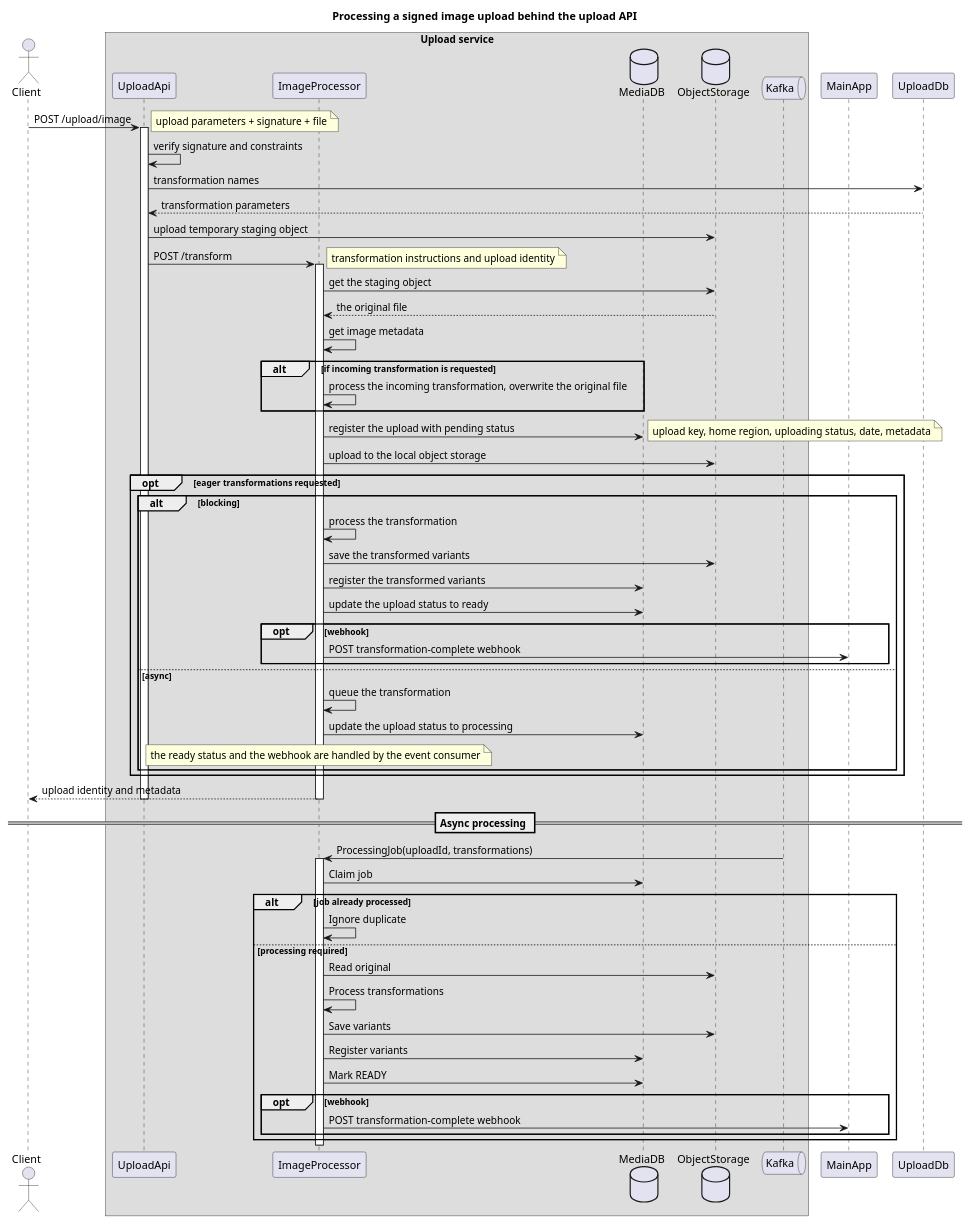
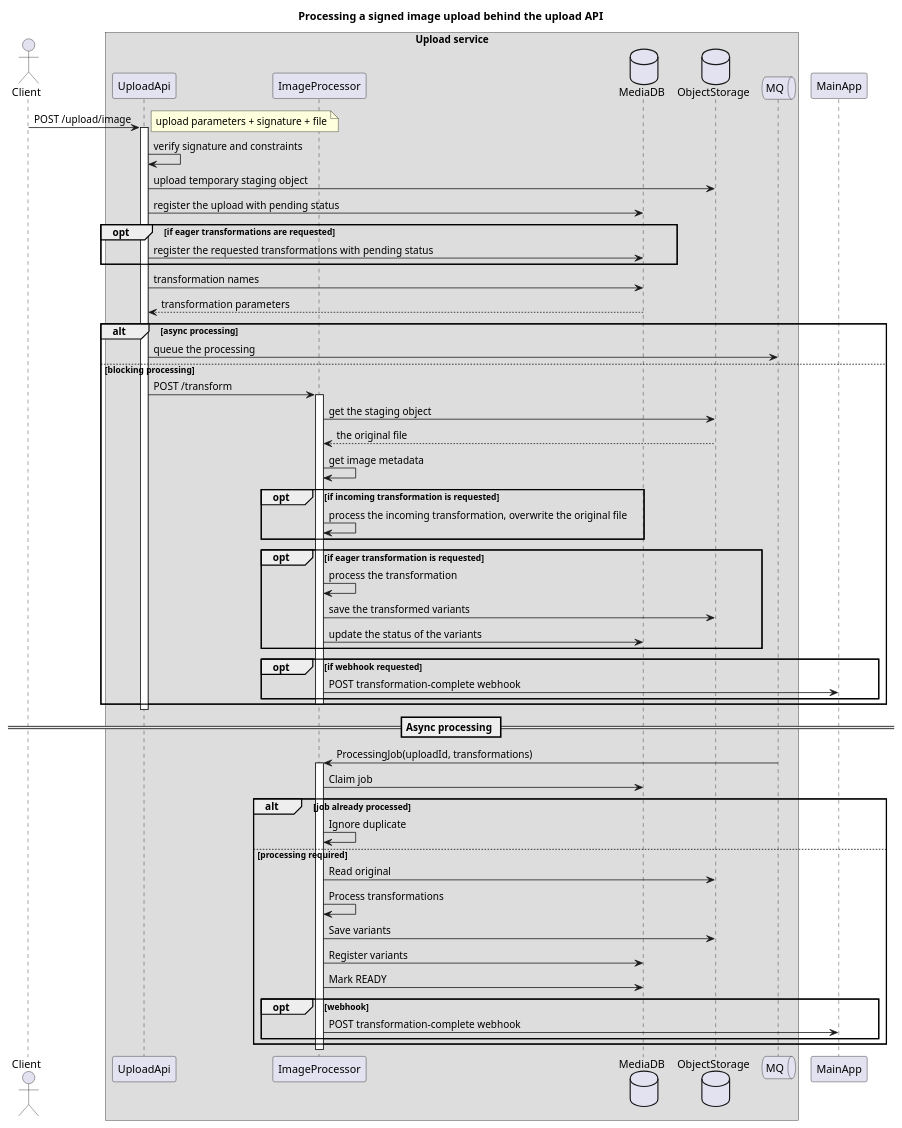
Before and after one commit to peter-peter-22/java-social-app: the diagram in java/planning/media/process_upload_v2.puml, drawn with PlantUML. The commit also changed 26 other files, not shown here.

```diff
--- a/java/planning/media/process_upload_v2.puml
+++ b/java/planning/media/process_upload_v2.puml
@@ -1,92 +1,88 @@
 @startuml
 
 title Processing a signed image upload behind the upload API
 
 skinparam BoxPadding 5
 skinparam ParticipantPadding 5
 
 actor Client
 
 box Upload service
     participant UploadApi
     participant ImageProcessor
     database MediaDB
     database ObjectStorage
-    queue Kafka
+    queue MQ
 endbox
 
 participant MainApp
 
 
 
 Client->UploadApi: POST /upload/image
 note right: upload parameters + signature + file
 
 activate UploadApi
 
     UploadApi->UploadApi: verify signature and constraints
-    UploadApi->UploadDb:  transformation names
-    UploadDb-->UploadApi: transformation parameters
     UploadApi->ObjectStorage: upload temporary staging object
-    UploadApi->ImageProcessor: POST /transform
-    note right: transformation instructions and upload identity
+    UploadApi->MediaDB: register the upload with pending status
+    opt if eager transformations are requested
+        UploadApi->MediaDB: register the requested transformations with pending status
+    end
+    UploadApi->MediaDB: transformation names
+    MediaDB-->UploadApi: transformation parameters
 
-    activate ImageProcessor
-        ImageProcessor->ObjectStorage: get the staging object
-        ObjectStorage-->ImageProcessor: the original file
-        ImageProcessor->ImageProcessor: get image metadata
 
-        alt if incoming transformation is requested
-            ImageProcessor->ImageProcessor: process the incoming transformation, overwrite the original file
-        end
+    alt async processing
+        UploadApi->MQ: queue the processing
+    else blocking processing
+        UploadApi->ImageProcessor: POST /transform
+        activate ImageProcessor
+            ImageProcessor->ObjectStorage: get the staging object
+            ObjectStorage-->ImageProcessor: the original file
+            ImageProcessor->ImageProcessor: get image metadata
 
-        ImageProcessor->MediaDB: register the upload with pending status
-        note right: upload key, home region, uploading status, date, metadata
-        ImageProcessor->ObjectStorage: upload to the local object storage
+            opt if incoming transformation is requested
+                ImageProcessor->ImageProcessor: process the incoming transformation, overwrite the original file
+            end
 
-        opt eager transformations requested
-            alt blocking
+            opt if eager transformation is requested
                 ImageProcessor->ImageProcessor: process the transformation
                 ImageProcessor->ObjectStorage: save the transformed variants
-                ImageProcessor->MediaDB: register the transformed variants
-                ImageProcessor->MediaDB: update the upload status to ready
-                opt webhook
-                    ImageProcessor -> MainApp: POST transformation-complete webhook
-                end
-            else async
-                ImageProcessor->ImageProcessor: queue the transformation
-                ImageProcessor->MediaDB: update the upload status to processing
-                note over ImageProcessor: the ready status and the webhook are handled by the event consumer
+                ImageProcessor->MediaDB: update the status of the variants
             end
-        end
 
-        ImageProcessor-->Client: upload identity and metadata
-    deactivate ImageProcessor
+            opt if webhook requested
+                ImageProcessor -> MainApp: POST transformation-complete webhook
+            end
+        deactivate ImageProcessor
+    end
 deactivate UploadApi
 
 
 == Async processing ==
 
-Kafka -> ImageProcessor: ProcessingJob(uploadId, transformations)
+MQ -> ImageProcessor: ProcessingJob(uploadId, transformations)
 
 activate ImageProcessor
 
 ImageProcessor -> MediaDB: Claim job
 
 alt job already processed
     ImageProcessor -> ImageProcessor: Ignore duplicate
 else processing required
     ImageProcessor -> ObjectStorage: Read original
     ImageProcessor -> ImageProcessor: Process transformations
     ImageProcessor -> ObjectStorage: Save variants
     ImageProcessor -> MediaDB: Register variants
     ImageProcessor -> MediaDB: Mark READY
 
     opt webhook
         ImageProcessor -> MainApp: POST transformation-complete webhook
     end
 end
 
 deactivate ImageProcessor
 
 @enduml
```
